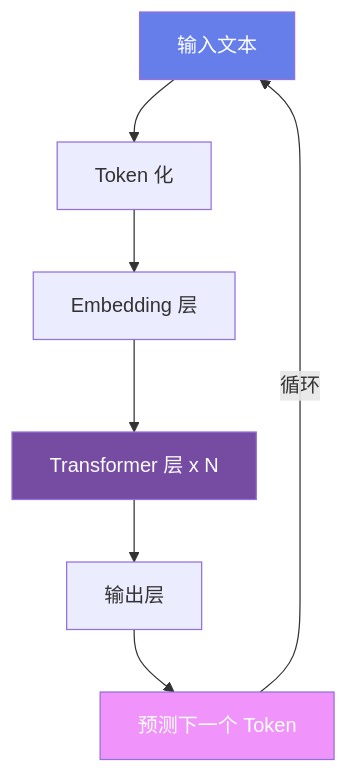
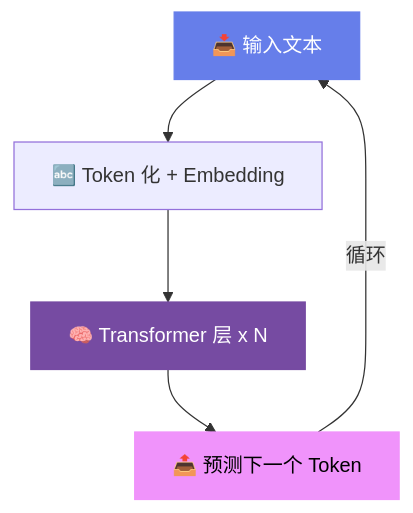
The second of 2 diagrams in pages/01-ai-basics.md (shindouhiro/ai-lesson), drawn with Mermaid before and after one commit. The commit also changed other lines of this file and 4 other files, not shown here.

````diff
--- a/pages/01-ai-basics.md
+++ b/pages/01-ai-basics.md
@@ -71,13 +71,11 @@
 ```mermaid
 graph TD
-    A["输入文本"] --> B["Token 化"]
-    B --> C["Embedding 层"]
-    C --> D["Transformer 层 x N"]
-    D --> E["输出层"]
-    E --> F["预测下一个 Token"]
-    F --> |"循环"| A
+    A["📥 输入文本"] --> B["🔤 Token 化 + Embedding"]
+    B --> C["🧠 Transformer 层 x N"]
+    C --> D["📤 预测下一个 Token"]
+    D -->|"循环"| A
 
-    style A fill:#667eea,color:#fff
-    style D fill:#764ba2,color:#fff
-    style F fill:#f093fb,color:#fff
+    style A fill:#667eea,color:#fff,stroke:#667eea
+    style C fill:#764ba2,color:#fff,stroke:#764ba2
+    style D fill:#f093fb,color:#000,stroke:#f093fb
 ```
````
